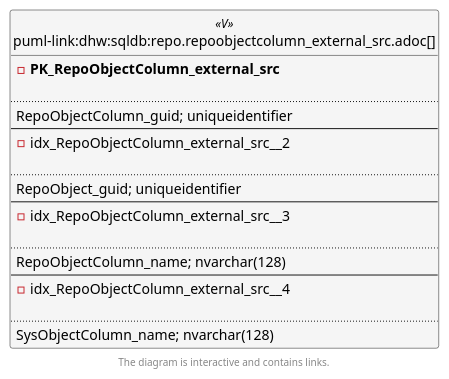
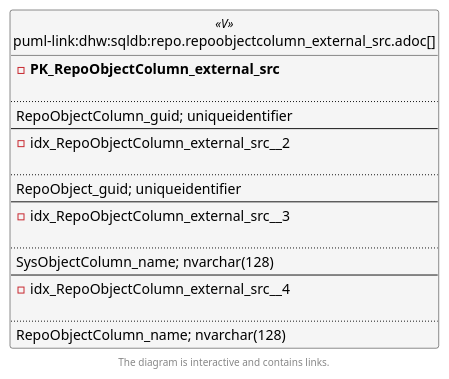
Before and after one commit to DataHandwerk/dhw-antora-sqldb: the second of 6 diagrams in docs/modules/sqldb/partials/content/repo.repoobjectcolumn_external_src.adoc, drawn with PlantUML. The commit also changed other lines of this file and 701 other files, not shown here.

```diff
--- a/docs/modules/sqldb/partials/content/repo.repoobjectcolumn_external_src.adoc
+++ b/docs/modules/sqldb/partials/content/repo.repoobjectcolumn_external_src.adoc
@@ -657,58 +657,58 @@
 [plantuml, entity_1_1_fk-{docname}, svg, subs=macros]
 ....
 @startuml
 left to right direction
 'top to bottom direction
 hide circle
 'avoide "." issues:
 set namespaceSeparator none
 
 
 skinparam class {
   BackgroundColor White
   BackgroundColor<<FN>> Yellow
   BackgroundColor<<FS>> Yellow
   BackgroundColor<<FT>> LightGray
   BackgroundColor<<IF>> Yellow
   BackgroundColor<<IS>> Yellow
   BackgroundColor<<P>>  Aqua
   BackgroundColor<<PC>> Aqua
   BackgroundColor<<SN>> Yellow
   BackgroundColor<<SO>> SlateBlue
   BackgroundColor<<TF>> LightGray
   BackgroundColor<<TR>> Tomato
   BackgroundColor<<U>>  White
   BackgroundColor<<V>>  WhiteSmoke
   BackgroundColor<<X>>  Aqua
   BackgroundColor<<external>> AliceBlue
 }
 
 
 entity "puml-link:dhw:sqldb:repo.repoobjectcolumn_external_src.adoc[]" as repo.RepoObjectColumn_external_src << V >> {
 - **PK_RepoObjectColumn_external_src**
 
 ..
 RepoObjectColumn_guid; uniqueidentifier
 --
 - idx_RepoObjectColumn_external_src__2
 
 ..
 RepoObject_guid; uniqueidentifier
 --
 - idx_RepoObjectColumn_external_src__3
 
 ..
-RepoObjectColumn_name; nvarchar(128)
+SysObjectColumn_name; nvarchar(128)
 --
 - idx_RepoObjectColumn_external_src__4
 
 ..
-SysObjectColumn_name; nvarchar(128)
+RepoObjectColumn_name; nvarchar(128)
 }
 
 
 
 footer The diagram is interactive and contains links.
 
 @enduml
 ....
```
